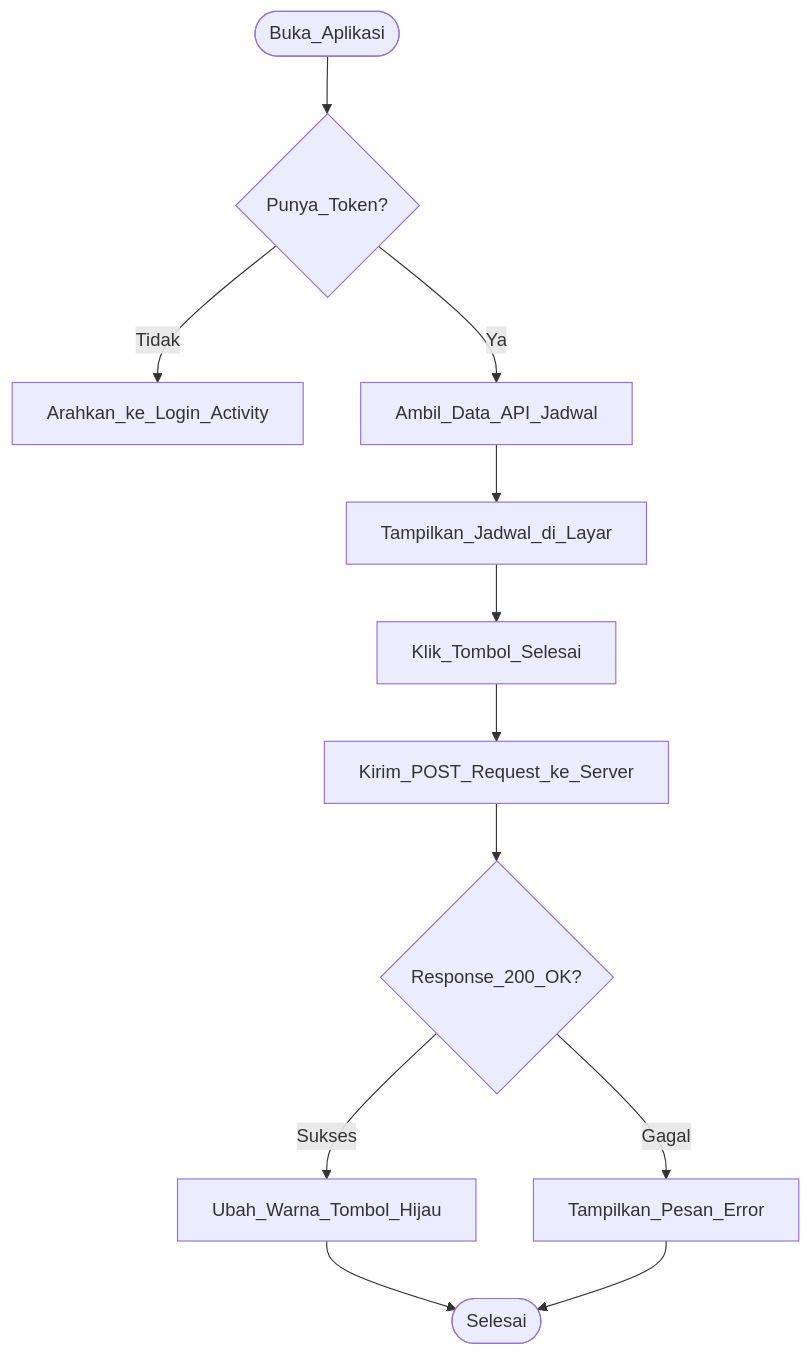
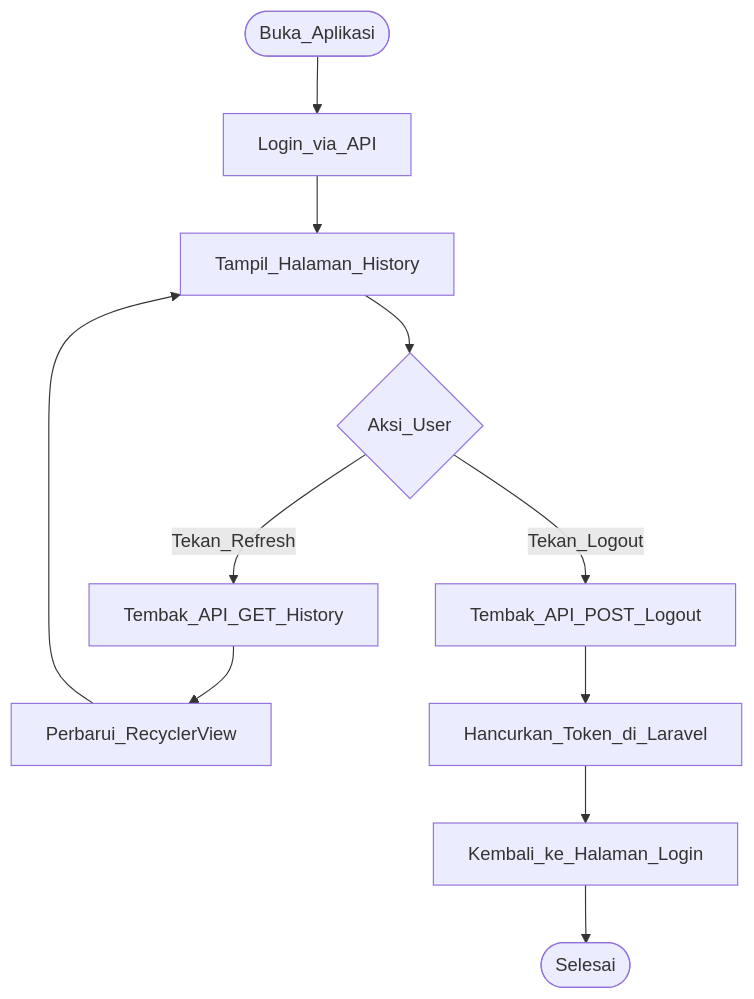
One commit to dava7putra/GenZehat-app changed the diagram in GenZehat_Android/README.md. Above: the diagram before and after it, drawn with Mermaid. The commit also changed other lines of this file, not shown here.

````diff
--- a/GenZehat_Android/README.md
+++ b/GenZehat_Android/README.md
@@ -61,18 +62,16 @@
 ```mermaid
 flowchart TD
-    Start([Buka_Aplikasi]) --> CekToken{Punya_Token?}
-    CekToken -- Tidak --> Login[Arahkan_ke_Login_Activity]
-    CekToken -- Ya --> Fetch[Ambil_Data_API_Jadwal]
+    Start([Buka_Aplikasi]) --> Login[Login_via_API]
+    Login --> Dashboard[Tampil_Halaman_History]
     
-    Fetch --> UI[Tampilkan_Jadwal_di_Layar]
-    UI --> Tap[Klik_Tombol_Selesai]
+    Dashboard --> Pilihan{Aksi_User}
     
-    Tap --> Post[Kirim_POST_Request_ke_Server]
-    Post --> ServerRes{Response_200_OK?}
+    Pilihan -- Tekan_Refresh --> FetchAPI[Tembak_API_GET_History]
+    FetchAPI --> UpdateUI[Perbarui_RecyclerView]
+    UpdateUI --> Dashboard
     
-    ServerRes -- Sukses --> UpdateUI[Ubah_Warna_Tombol_Hijau]
-    ServerRes -- Gagal --> Toast[Tampilkan_Pesan_Error]
-    
-    UpdateUI --> Finish([Selesai])
-    Toast --> Finish
+    Pilihan -- Tekan_Logout --> DelToken[Tembak_API_POST_Logout]
+    DelToken --> HapusServer[Hancurkan_Token_di_Laravel]
+    HapusServer --> ArahkanLogin[Kembali_ke_Halaman_Login]
+    ArahkanLogin --> Selesai([Selesai])
 ```
````
